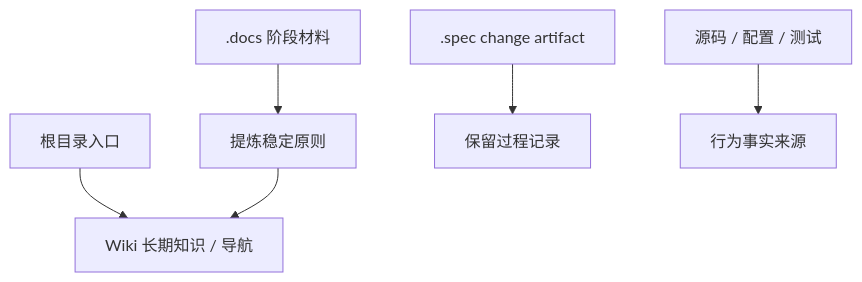
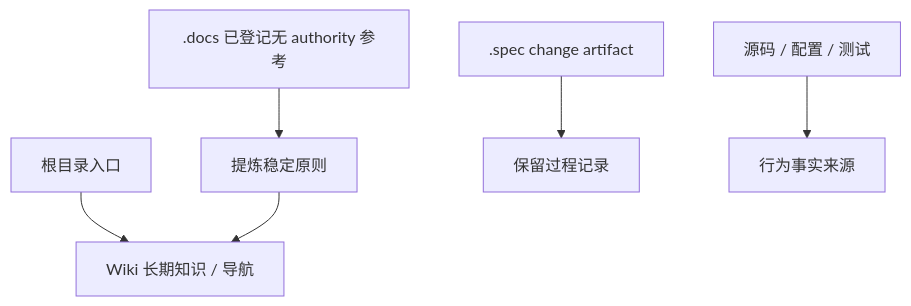
Before and after one commit to baiyucraft/SpecWiki: the diagram in .wiki/00-文档约定/04-文档盘点与沉淀规则.md, drawn with Mermaid. The commit also changed other lines of this file and 52 other files, not shown here.

````diff
--- a/.wiki/00-文档约定/04-文档盘点与沉淀规则.md
+++ b/.wiki/00-文档约定/04-文档盘点与沉淀规则.md
@@ -14,8 +14,8 @@
 ```mermaid
 flowchart TD
   Root["根目录入口"] --> Wiki["Wiki 长期知识 / 导航"]
-  Docs[".docs 阶段材料"] --> Extract["提炼稳定原则"]
+  Docs[".docs 已登记无 authority 参考"] --> Extract["提炼稳定原则"]
   Spec[".spec change artifact"] --> Archive["保留过程记录"]
   Code["源码 / 配置 / 测试"] --> Truth["行为事实来源"]
   Extract --> Wiki
 ```
````
